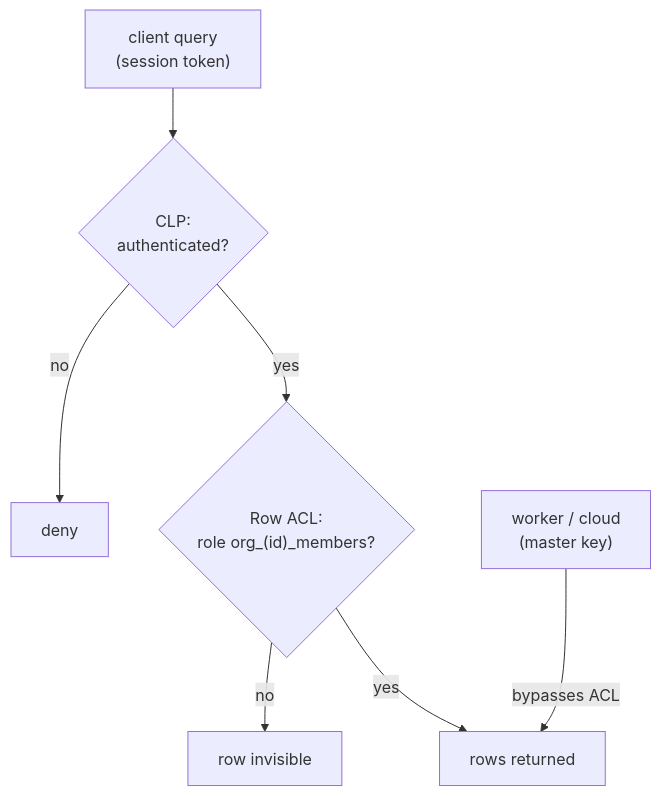
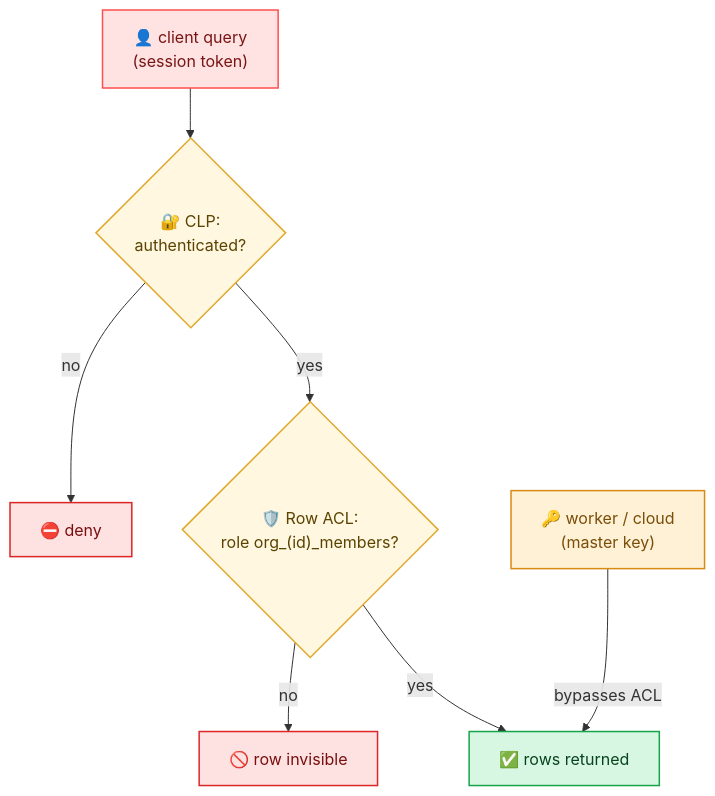
One commit to sidkr/fe-gorilla changed the fourth of 7 diagrams in documentation/architecture.md. Above: the diagram before and after it, drawn with Mermaid. The commit also changed other lines of this file and 2 other files, not shown here.

First line of the commit message:
docs: color-code + add iconography to architecture diagrams

````diff
--- a/documentation/architecture.md
+++ b/documentation/architecture.md
@@ -203,9 +228,20 @@
 ```mermaid
 flowchart TB
-  Q["client query<br/>(session token)"] --> CLP{"CLP:<br/>authenticated?"}
-  CLP -- no --> X1["deny"]
-  CLP -- yes --> ACL{"Row ACL:<br/>role org_(id)_members?"}
-  ACL -- no --> X2["row invisible"]
-  ACL -- yes --> OK["rows returned"]
-  MK["worker / cloud<br/>(master key)"] -->|"bypasses ACL"| OK
+  Q["👤 client query<br/>(session token)"] --> CLP{"🔐 CLP:<br/>authenticated?"}
+  CLP -- no --> X1["⛔ deny"]
+  CLP -- yes --> ACL{"🛡️ Row ACL:<br/>role org_(id)_members?"}
+  ACL -- no --> X2["🚫 row invisible"]
+  ACL -- yes --> OK["✅ rows returned"]
+  MK["🔑 worker / cloud<br/>(master key)"] -->|"bypasses ACL"| OK
+
+  classDef fe fill:#FFE3E3,stroke:#FF4E4E,stroke-width:1.5px,color:#7A1414;
+  classDef worker fill:#FFF1D6,stroke:#D98A14,stroke-width:1.5px,color:#7A4D08;
+  classDef data fill:#D7F7E3,stroke:#16A34A,stroke-width:1.5px,color:#08431F;
+  classDef decision fill:#FFF7E0,stroke:#E0A92E,stroke-width:1.5px,color:#5A4300;
+  classDef danger fill:#FEE2E2,stroke:#DC2626,stroke-width:1.5px,color:#7A0E0E;
+  class Q fe
+  class CLP,ACL decision
+  class X1,X2 danger
+  class OK data
+  class MK worker
 ```
````
